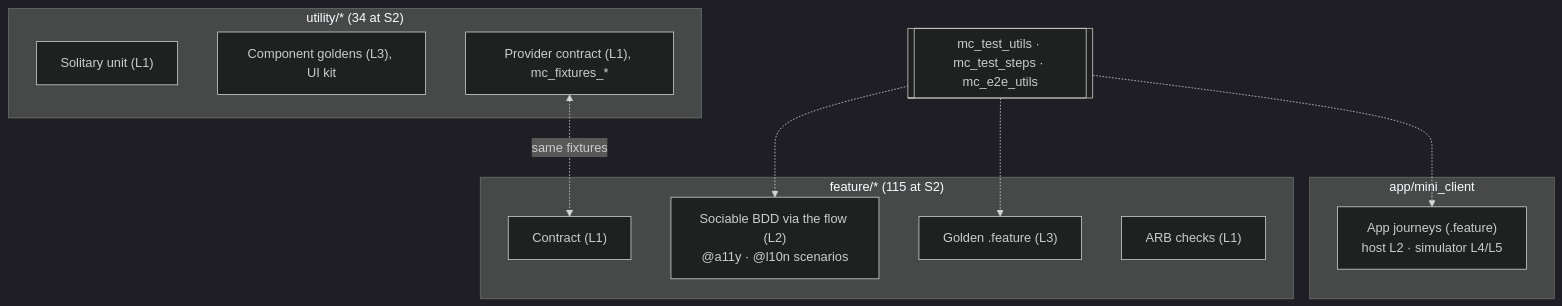
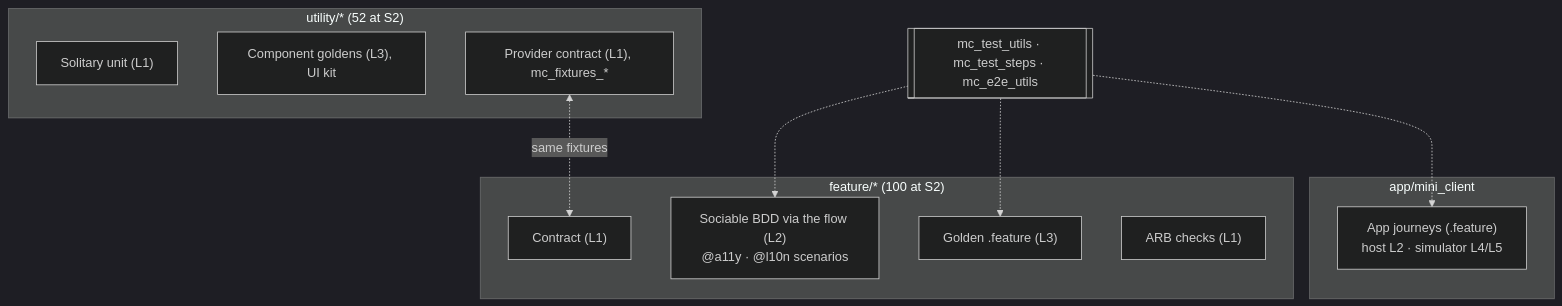
Before and after one commit to emiliev/mini-client-application: the first of 2 diagrams in documents/plan/05-testing-and-bdd.md, drawn with Mermaid (dark theme). The commit also changed other lines of this file and 16 other files, not shown here.

````diff
--- a/documents/plan/05-testing-and-bdd.md
+++ b/documents/plan/05-testing-and-bdd.md
@@ -212,19 +211,19 @@
 ```mermaid
 flowchart TB
   subgraph APP["app/mini_client"]
     J["App journeys (.feature)<br/>host L2 · simulator L4/L5"]
   end
-  subgraph FEAT["feature/* (115 at S2)"]
+  subgraph FEAT["feature/* (100 at S2)"]
     F["Sociable BDD via the flow (L2)<br/>@a11y · @l10n scenarios"]
     GO["Golden .feature (L3)"]
     C["Contract (L1)"]
     L["ARB checks (L1)"]
   end
-  subgraph UTIL["utility/* (34 at S2)"]
+  subgraph UTIL["utility/* (52 at S2)"]
     U["Solitary unit (L1)"]
     UG["Component goldens (L3), UI kit"]
     P["Provider contract (L1), mc_fixtures_*"]
   end
   TU[["mc_test_utils · mc_test_steps · mc_e2e_utils"]] -.-> F & GO & J
   P <-. same fixtures .-> C
 ```
````
